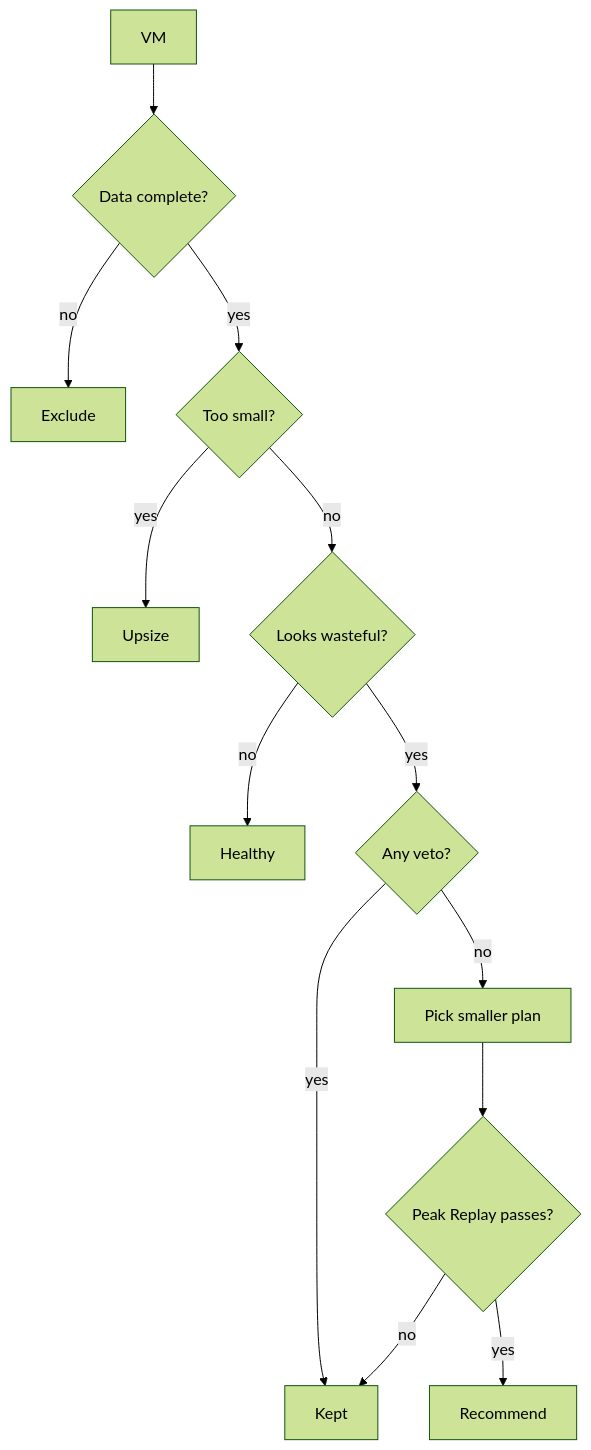
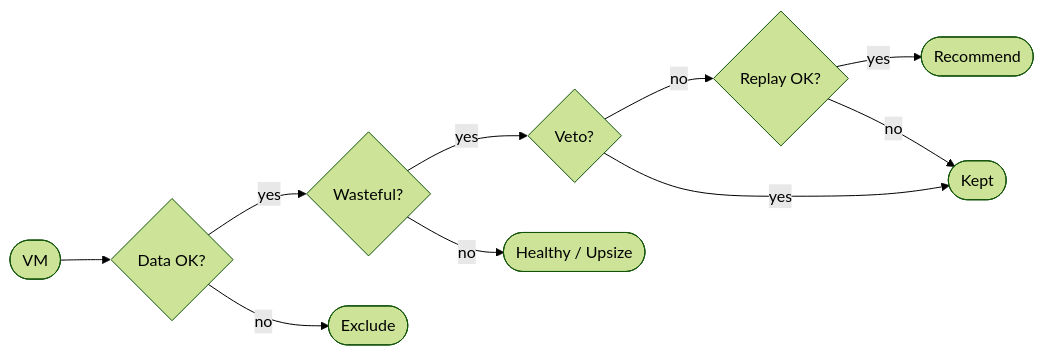
Before and after one commit to Adithya-Hariharan/Utho-Smartcloud-Optimizer: the second of 2 diagrams in README.md, drawn with Mermaid (forest theme).

Commit message:
README: compact decision-engine diagram

````diff
--- a/README.md
+++ b/README.md
@@ -78,15 +78,12 @@
 ```mermaid
-flowchart TD
-    A[VM] --> B{Data complete?}
-    B -- no --> X[Exclude]
-    B -- yes --> C{Too small?}
-    C -- yes --> U[Upsize]
-    C -- no --> D{Looks wasteful?}
-    D -- no --> H[Healthy]
-    D -- yes --> E{Any veto?}
-    E -- yes --> K[Kept]
-    E -- no --> F[Pick smaller plan]
-    F --> G{Peak Replay passes?}
-    G -- no --> K
-    G -- yes --> R[Recommend]
+flowchart LR
+    A([VM]) --> B{Data OK?}
+    B -->|yes| C{Wasteful?}
+    C -->|yes| D{Veto?}
+    D -->|no| E{Replay OK?}
+    E -->|yes| R([Recommend])
+    B -->|no| X([Exclude])
+    C -->|no| H([Healthy / Upsize])
+    D -->|yes| K([Kept])
+    E -->|no| K
 ```
````
